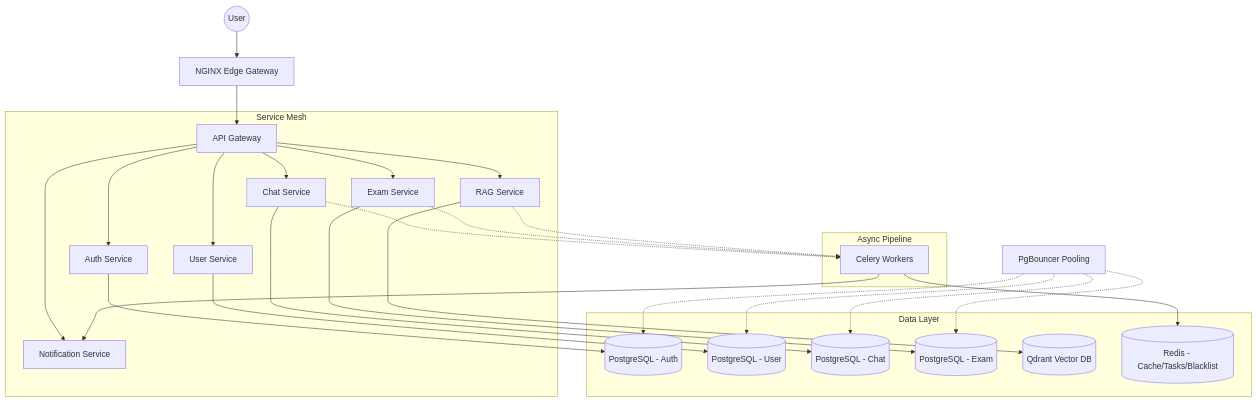
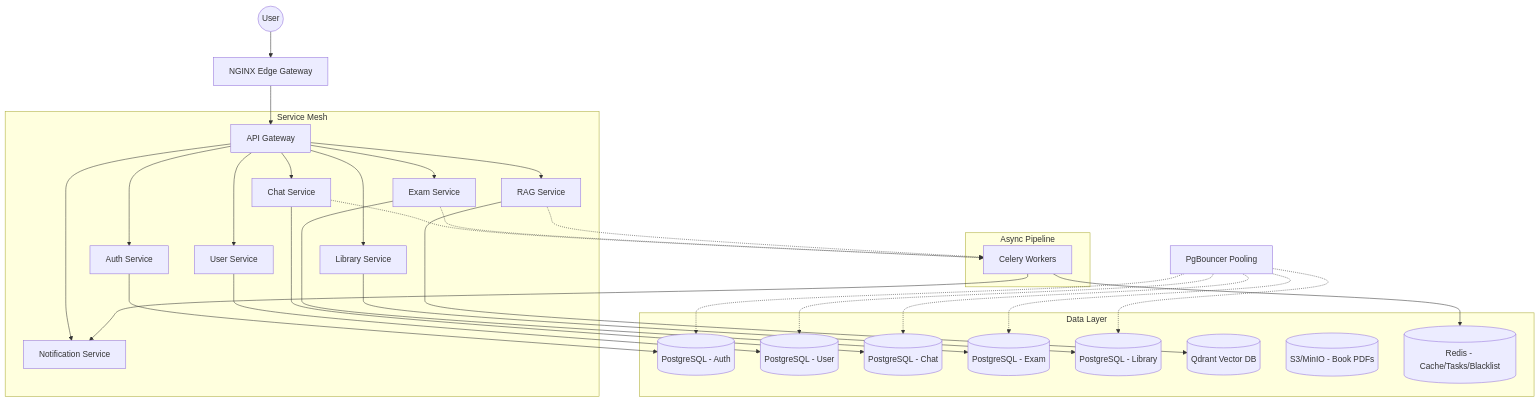
The first of 2 diagrams in ARCHITECTURE.md (ahmedbashir2050/AI-Teacher), drawn with Mermaid before and after one commit. The commit also changed other lines of this file and 27 other files, not shown here.

First line of the commit message:
Implement production-grade Library and Book Upload system

````diff
--- a/ARCHITECTURE.md
+++ b/ARCHITECTURE.md
@@ -13,37 +13,41 @@
 ```mermaid
 graph TD
     User((User)) --> Nginx[NGINX Edge Gateway]
     Nginx --> Gateway[API Gateway]
 
     subgraph "Service Mesh"
         Gateway --> Auth[Auth Service]
         Gateway --> UserSvc[User Service]
         Gateway --> Chat[Chat Service]
         Gateway --> RAG[RAG Service]
         Gateway --> Exam[Exam Service]
         Gateway --> Notif[Notification Service]
+        Gateway --> Library[Library Service]
     end
 
     subgraph "Data Layer"
         Auth --> AuthDB[(PostgreSQL - Auth)]
         UserSvc --> UserDB[(PostgreSQL - User)]
         Chat --> ChatDB[(PostgreSQL - Chat)]
         Exam --> ExamDB[(PostgreSQL - Exam)]
+        Library --> LibraryDB[(PostgreSQL - Library)]
         RAG --> Qdrant[(Qdrant Vector DB)]
 
+        Storage[(S3/MinIO - Book PDFs)]
         Redis[(Redis - Cache/Tasks/Blacklist)]
     end
 
     subgraph "Async Pipeline"
         Chat -.-> Celery[Celery Workers]
         Exam -.-> Celery
         RAG -.-> Celery
         Celery --> Redis
         Celery --> Notif
     end
 
     PgBouncer[PgBouncer Pooling] -.-> AuthDB
     PgBouncer -.-> UserDB
     PgBouncer -.-> ChatDB
     PgBouncer -.-> ExamDB
+    PgBouncer -.-> LibraryDB
 ```
````
